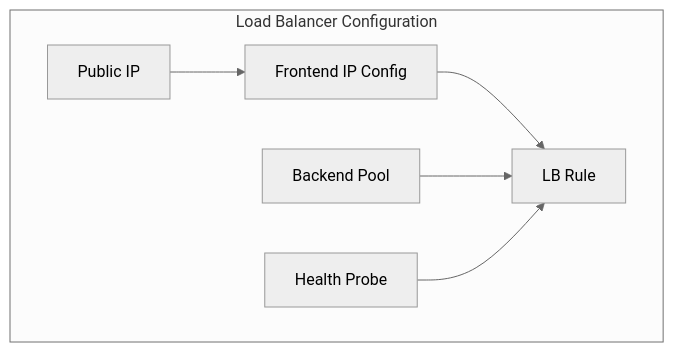
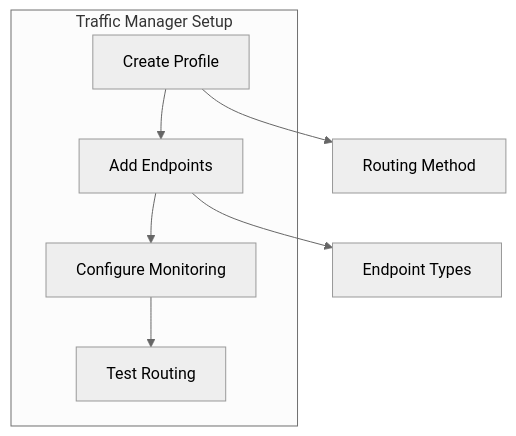
One commit to saravanakumarrc/Architecture_Journey changed the sixth of 18 diagrams in src/azure/az-104/Load_Balancing.md. Above: the diagram before and after it, drawn with Mermaid (neutral theme). The commit also changed other lines of this file and 6 other files, not shown here.

````diff
--- a/src/azure/az-104/Load_Balancing.md
+++ b/src/azure/az-104/Load_Balancing.md
@@ -99,15 +111,16 @@
 ```mermaid
 graph TB
-    subgraph "Load Balancer Configuration"
-        A[Public IP]
-        B[Frontend IP Config]
-        C[Backend Pool]
-        D[Health Probe]
-        E[LB Rule]
+    subgraph "Traffic Manager Setup"
+        A[Create Profile]
+        B[Add Endpoints]
+        C[Configure Monitoring]
+        D[Test Routing]
     end
     
     A --> B
-    B --> E
-    C --> E
-    D --> E
+    B --> C
+    C --> D
+    
+    A --> E[Routing Method]
+    B --> F[Endpoint Types]
 ```
````
